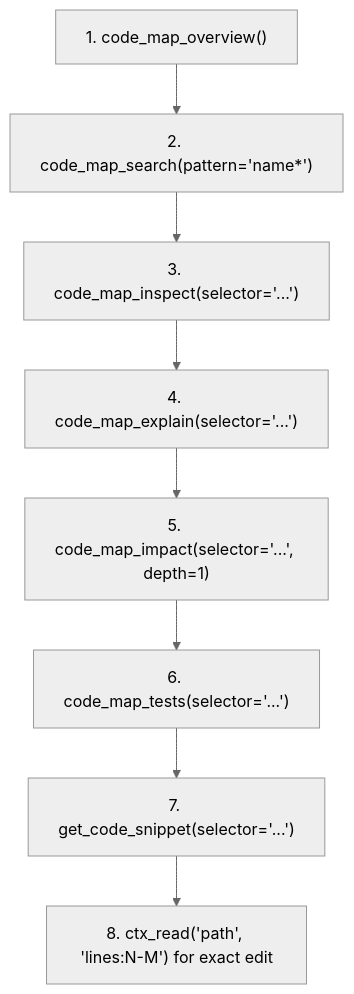
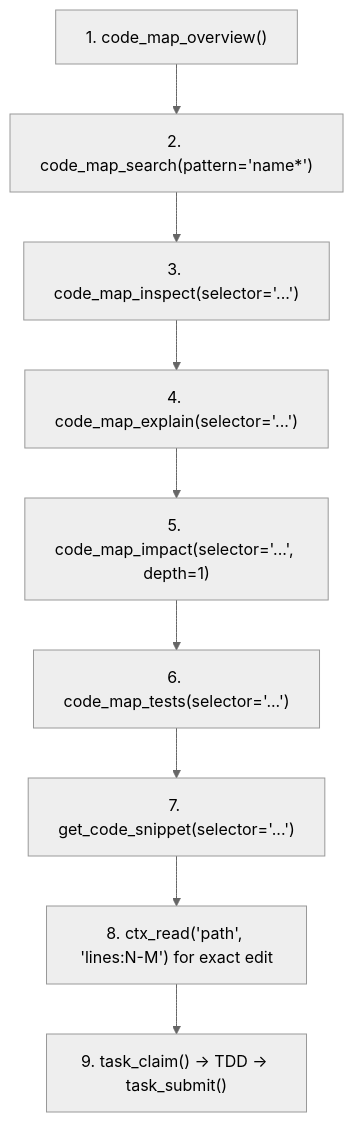
The diagram in .agents/skills/contextunity-forge/SKILL.md (ContextUnity/contextunity-forge-mcp), drawn with Mermaid (neutral theme) before and after one commit. The commit also changed other lines of this file and 1 other file, not shown here.

Commit message:
docs(agents): document task operations in skill and add benchmark thermal isolation invariants

````diff
--- a/.agents/skills/contextunity-forge/SKILL.md
+++ b/.agents/skills/contextunity-forge/SKILL.md
@@ -25,10 +25,11 @@
 ```mermaid
 flowchart TD
     A["1. code_map_overview()"] --> B["2. code_map_search(pattern='name*')"]
     B --> C["3. code_map_inspect(selector='...')"]
     C --> D["4. code_map_explain(selector='...')"]
     D --> E["5. code_map_impact(selector='...', depth=1)"]
     E --> F["6. code_map_tests(selector='...')"]
     F --> G["7. get_code_snippet(selector='...')"]
     G --> H["8. ctx_read('path', 'lines:N-M') for exact edit"]
+    H --> I["9. task_claim() -> TDD -> task_submit()"]
 ```
````
